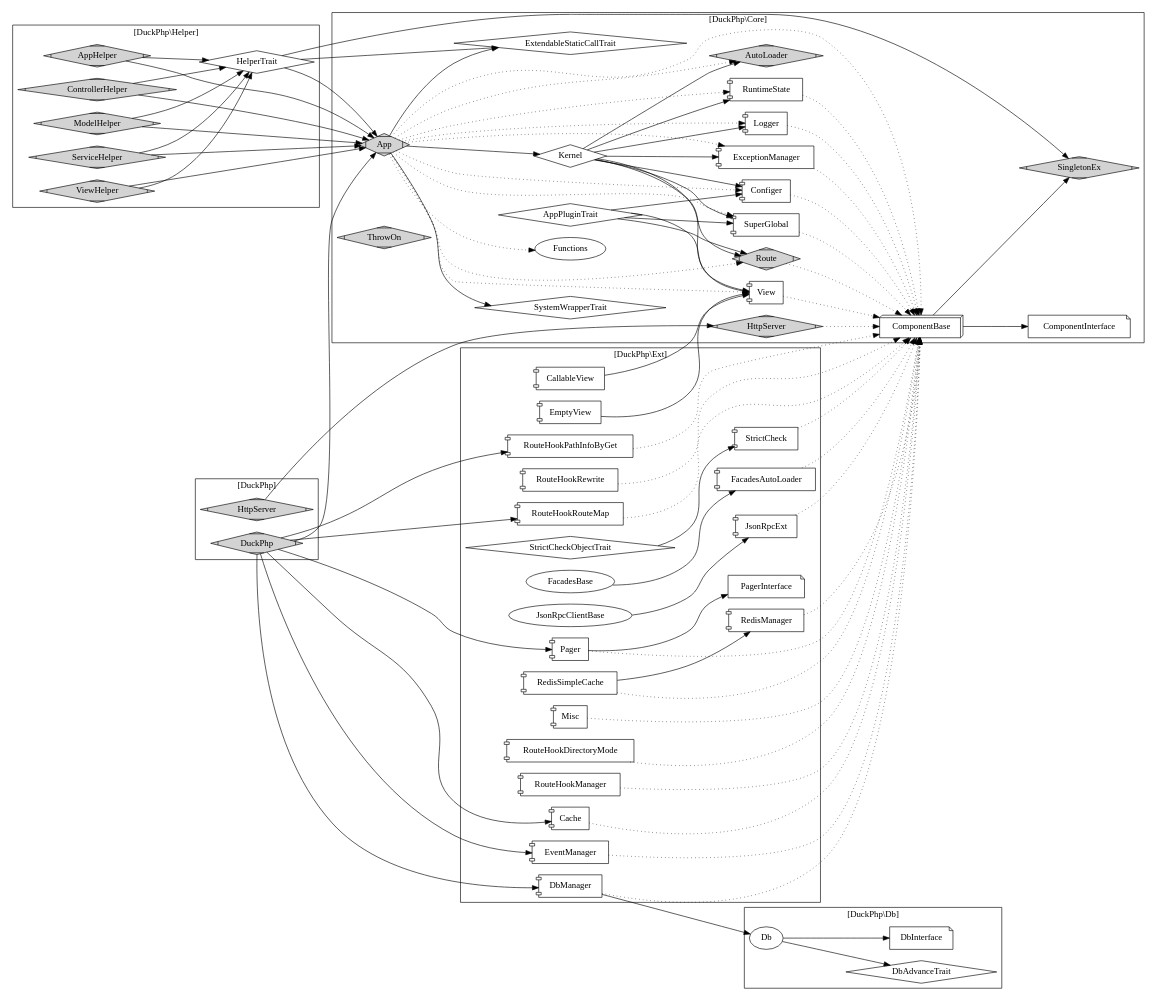
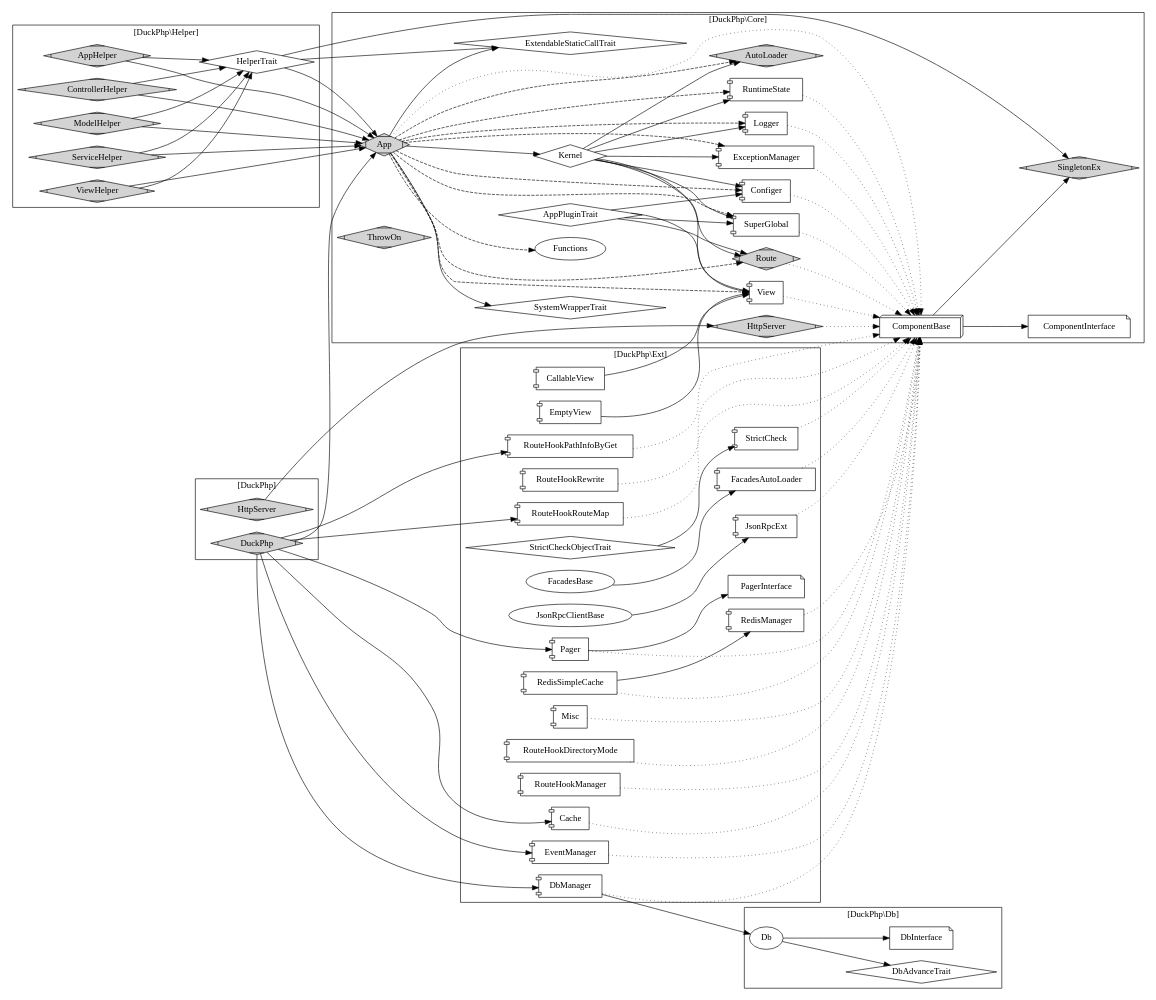
The diagram in doc/duckphp.gv (dvaknheo/duckphp), drawn with Graphviz before and after one commit. The commit also changed 6 other files, not shown here.

```diff
--- a/doc/duckphp.gv
+++ b/doc/duckphp.gv
@@ -1,194 +1,194 @@
 digraph G{
 /* This is a graphviz file */
 graph [rankdir = "LR"];
 
 subgraph cluster_Core {
     
     label = "[DuckPhp\\Core]";
 
     Core_AppPluginTrait [label="AppPluginTrait";shape=diamond];
     Core_App [label="App";shape=Mdiamond;style=filled]; 
     Core_Kernel [label="Kernel";shape="diamond"];
     Core_SingletonEx [label="SingletonEx";shape=Mdiamond;style=filled];
     Core_AutoLoader [label="AutoLoader";shape=Mdiamond;style=filled];
     Core_ExceptionManager [label="ExceptionManager";shape="component"];
     Core_View [label="View";shape="component"];
     Core_Configer [label="Configer";shape="component"];
     Core_Logger [label="Logger";shape="component"];
     Core_Route [label="Route";shape=Mdiamond;style=filled];
     Core_RuntimeState [label="RuntimeState";shape="component"];
     Core_SystemWrapperTrait [label="SystemWrapperTrait";shape=diamond];
     
     Core_HttpServer [label="HttpServer";shape=Mdiamond;style=filled];
     Core_SuperGlobal [label="SuperGlobal";shape="component"];
 
     Core_ExtendableStaticCallTrait [label="ExtendableStaticCallTrait";shape=diamond];
     
     Core_ThrowOn [label="ThrowOn";shape=Mdiamond;style=filled];
     Core_ComponentInterface [label="ComponentInterface";shape=note];
     Core_ComponentBase [label="ComponentBase";shape=box3d];
     Core_Functions [label="Functions"];
 
 
     Core_Kernel -> Core_AutoLoader ;
     Core_Kernel -> Core_Configer;
     Core_Kernel -> Core_Logger;
     Core_Kernel -> Core_ExceptionManager;
     Core_Kernel -> Core_Route;
     Core_Kernel -> Core_RuntimeState;
     Core_Kernel -> Core_View;
     Core_Kernel -> Core_SuperGlobal;
     
     Core_App -> Core_Kernel;
     Core_App -> Core_ExtendableStaticCallTrait;
     Core_App -> Core_SystemWrapperTrait;
     
-    Core_App -> Core_AutoLoader [style="dotted"];
-    Core_App -> Core_Configer [style="dotted"];
-    Core_App -> Core_Logger [style="dotted"];
-    Core_App -> Core_ExceptionManager [style="dotted"];
-    Core_App -> Core_Route [style="dotted"];
-    Core_App -> Core_RuntimeState [style="dotted"];
-    Core_App -> Core_View [style="dotted"];
-    Core_App -> Core_SuperGlobal [style="dotted"];
+    Core_App -> Core_AutoLoader [style="dashed"];
+    Core_App -> Core_Configer [style="dashed"];
+    Core_App -> Core_Logger [style="dashed"];
+    Core_App -> Core_ExceptionManager [style="dashed"];
+    Core_App -> Core_Route [style="dashed"];
+    Core_App -> Core_RuntimeState [style="dashed"];
+    Core_App -> Core_View [style="dashed"];
+    Core_App -> Core_SuperGlobal [style="dashed"];
     
-    Core_App -> Core_Functions [style="dotted"];
+    Core_App -> Core_Functions [style="dashed"];
     Core_App -> Core_ComponentBase [style="dotted"];
 
 
     Core_AppPluginTrait -> Core_Configer;
     Core_AppPluginTrait -> Core_View;
     Core_AppPluginTrait -> Core_Route;
     Core_AppPluginTrait -> Core_SuperGlobal;
     
     
     Core_ExceptionManager -> Core_ComponentBase [style="dotted"];
     Core_Configer -> Core_ComponentBase [style="dotted"];
     Core_Route -> Core_ComponentBase [style="dotted"];
     Core_SuperGlobal -> Core_ComponentBase [style="dotted"];
     Core_RuntimeState -> Core_ComponentBase [style="dotted"];
     Core_View -> Core_ComponentBase [style="dotted"];
     Core_Logger -> Core_ComponentBase [style="dotted"];
     Core_HttpServer -> Core_ComponentBase [style="dotted"];
 
     
     Core_ComponentBase -> Core_ComponentInterface;
     Core_ComponentBase -> Core_SingletonEx;
     
     
 }
 
 
 
 
 subgraph cluster_Helper {
     
     label = "[DuckPhp\\Helper]";
     
     AppHelper [label="AppHelper";shape=Mdiamond;style=filled];
     ControllerHelper [label="ControllerHelper";shape=Mdiamond;style=filled];
     ModelHelper [label="ModelHelper";shape=Mdiamond;style=filled];
     ServiceHelper [label="ServiceHelper";shape=Mdiamond;style=filled];
     ViewHelper [label="ViewHelper";shape=Mdiamond;style=filled];
     HelperTrait [label="HelperTrait";shape=diamond];
     
     AppHelper -> Core_App; 
     ControllerHelper -> Core_App; 
     ModelHelper -> Core_App; 
     ServiceHelper -> Core_App; 
     ViewHelper -> Core_App; 
     HelperTrait -> Core_SingletonEx;
     HelperTrait -> Core_App;
     HelperTrait -> Core_ExtendableStaticCallTrait ;
     
     AppHelper -> HelperTrait; 
     ControllerHelper -> HelperTrait; 
     ModelHelper -> HelperTrait; 
     ServiceHelper -> HelperTrait; 
     ViewHelper -> HelperTrait; 
 
 }
 
 subgraph cluster_Db {
     label = "[DuckPhp\\Db]";
 
     Db_Db [label="Db"];
     Db_DbAdvanceTrait [label="DbAdvanceTrait";shape=diamond];
     Db_DbInterface [label="DbInterface";shape=note];
     
     Db_Db -> Db_DbAdvanceTrait;
     Db_Db -> Db_DbInterface;
 }
 
 subgraph cluster_Ext {
     label = "[DuckPhp\\Ext]";
 
     Cache[shape="component"];
     CallableView[shape="component"];
     DbManager[shape="component"];
     EmptyView[shape="component"];
     EventManager[shape="component"];
     FacadesAutoLoader[shape="component"];
     FacadesBase ;
     JsonRpcClientBase ;
     JsonRpcExt[shape="component"];
     Misc[shape="component"];
     Pager[shape="component"];
     PagerInterface [shape=note];
     RedisManager[shape="component"];
     RedisSimpleCache[shape="component"];
     RouteHookDirectoryMode[shape="component"];
     RouteHookManager[shape="component"];
     RouteHookPathInfoByGet[shape="component"];
     RouteHookRewrite[shape="component"];
     RouteHookRouteMap[shape="component"];
     StrictCheck[shape="component"];
     StrictCheckObjectTrait [shape=diamond];
 
-    DbManager -> Db_Db;
-    CallableView ->Core_View; 
-    EmptyView ->Core_View; 
-    JsonRpcClientBase ->JsonRpcExt;
-    FacadesBase -> FacadesAutoLoader;
-    Pager -> PagerInterface; 
-    RedisSimpleCache -> RedisManager;
-    StrictCheckObjectTrait -> StrictCheck; 
-    
+    Cache -> Core_ComponentBase [style="dotted"];
+    DbManager -> Core_ComponentBase [style="dotted"];
+    EventManager -> Core_ComponentBase [style="dotted"];
     FacadesAutoLoader -> Core_ComponentBase [style="dotted"];
     JsonRpcExt -> Core_ComponentBase [style="dotted"];
+    Misc -> Core_ComponentBase [style="dotted"];
     Pager -> Core_ComponentBase [style="dotted"];
-    Misc -> Core_ComponentBase [style="dotted"];
+    RedisManager -> Core_ComponentBase [style="dotted"];
     RedisSimpleCache -> Core_ComponentBase [style="dotted"];
-    RedisManager -> Core_ComponentBase [style="dotted"];
-    Cache -> Core_ComponentBase [style="dotted"];
-    StrictCheck -> Core_ComponentBase [style="dotted"];
     RouteHookDirectoryMode -> Core_ComponentBase [style="dotted"];
     RouteHookManager -> Core_ComponentBase [style="dotted"];
     RouteHookPathInfoByGet -> Core_ComponentBase [style="dotted"];
     RouteHookRewrite -> Core_ComponentBase [style="dotted"];
     RouteHookRouteMap -> Core_ComponentBase [style="dotted"];
-    DbManager -> Core_ComponentBase [style="dotted"];
-
-    EventManager -> Core_ComponentBase [style="dotted"];
+    StrictCheck -> Core_ComponentBase [style="dotted"];
+    
+    
+    CallableView ->Core_View; 
+    EmptyView ->Core_View;
+    DbManager -> Db_Db;
+    FacadesBase -> FacadesAutoLoader;
+    JsonRpcClientBase ->JsonRpcExt;
+    Pager -> PagerInterface; 
+    RedisSimpleCache -> RedisManager;
+    StrictCheckObjectTrait -> StrictCheck; 
 }
 
 subgraph cluster_DuckPhp {
     label = "[DuckPhp]";
     node [style=filled];
 
     HttpServer -> Core_HttpServer;
     DuckPhp -> Core_App;
 
     DuckPhp -> RouteHookRouteMap;
     DuckPhp -> Pager;
     DuckPhp -> DbManager;
     DuckPhp -> EventManager;
     DuckPhp -> RouteHookPathInfoByGet;
     DuckPhp -> Cache;
 
     DuckPhp [shape=Mdiamond];
     HttpServer [shape=Mdiamond;style=filled];
 
 }
 
 }
```
